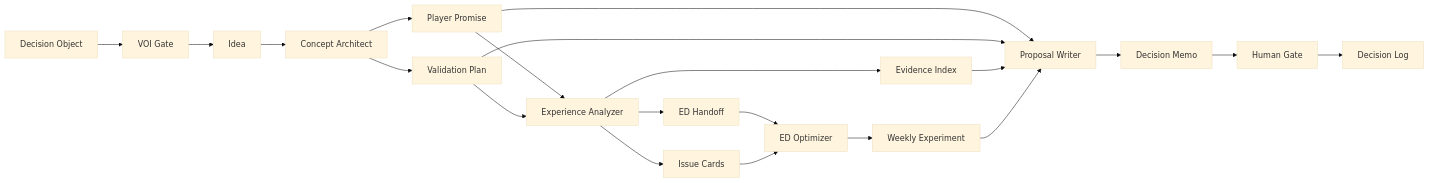
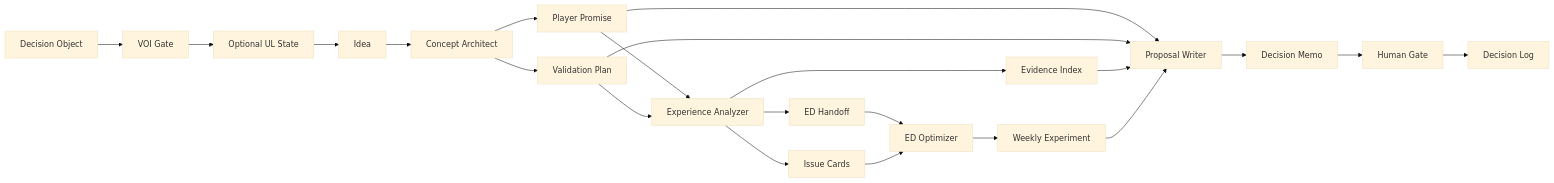
The second of 2 diagrams in docs/product/architecture.md (DY-2026/GameDesignOS), drawn with Mermaid (base theme) before and after one commit. The commit also changed other lines of this file and 52 other files, not shown here.

````diff
--- a/docs/product/architecture.md
+++ b/docs/product/architecture.md
@@ -126,23 +142,24 @@
 ```mermaid
 flowchart LR
     D[Decision Object] --> V[VOI Gate]
-    V --> I[Idea]
+    V --> U[Optional UL State]
+    U --> I[Idea]
     I --> CA[Concept Architect]
     CA --> PP[Player Promise]
     CA --> VP[Validation Plan]
     PP --> EA[Experience Analyzer]
     VP --> EA
     EA --> EI[Evidence Index]
     EA --> IC[Issue Cards]
     EA --> EH[ED Handoff]
     EH --> ED[ED Optimizer]
     IC --> ED
     ED --> EX[Weekly Experiment]
     PP --> PW[Proposal Writer]
     VP --> PW
     EI --> PW
     EX --> PW
     PW --> DM[Decision Memo]
     DM --> HG[Human Gate]
     HG --> DL[Decision Log]
 ```
````
